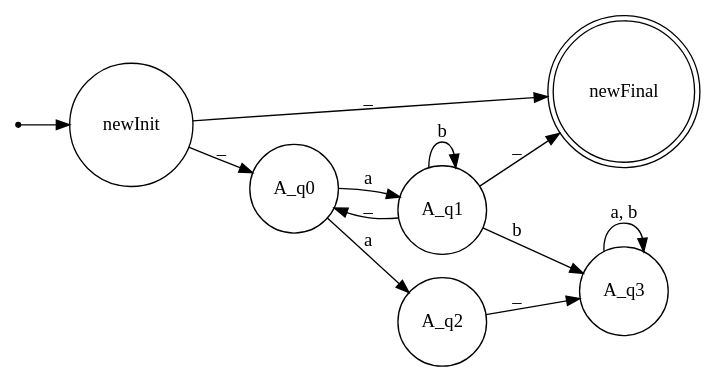
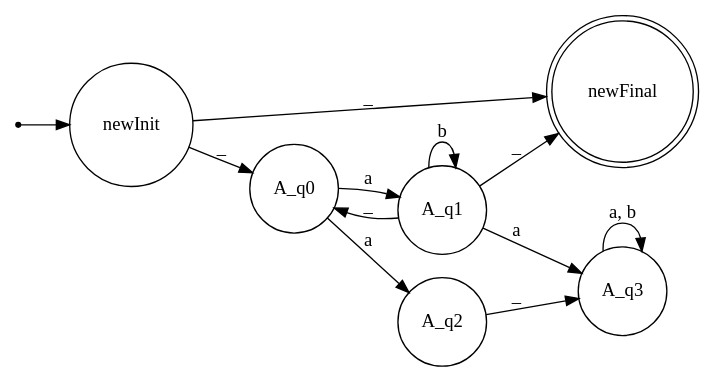
The diagram in kleene_output.dot (rogdli/finite-automata-graph-parser), drawn with Graphviz before and after one commit. The commit also changed 7 other files, not shown here.

```diff
--- a/kleene_output.dot
+++ b/kleene_output.dot
@@ -1,21 +1,21 @@
 digraph {
     rankdir=LR;
     inic [shape=point];
     inic -> newInit;
     newInit [shape=circle];
     newFinal [shape=doublecircle];
     A_q0 [shape=circle];
     A_q1 [shape=circle];
     A_q2 [shape=circle];
     A_q3 [shape=circle];
     newInit -> A_q0 [label="_"];
     newInit -> newFinal [label="_"];
     A_q0 -> A_q1 [label="a"];
     A_q0 -> A_q2 [label="a"];
     A_q1 -> A_q1 [label="b"];
-    A_q1 -> A_q3 [label="b"];
+    A_q1 -> A_q3 [label="a"];
     A_q2 -> A_q3 [label="_"];
     A_q3 -> A_q3 [label="a, b"];
     A_q1 -> A_q0 [label="_"];
     A_q1 -> newFinal [label="_"];
 }
```
